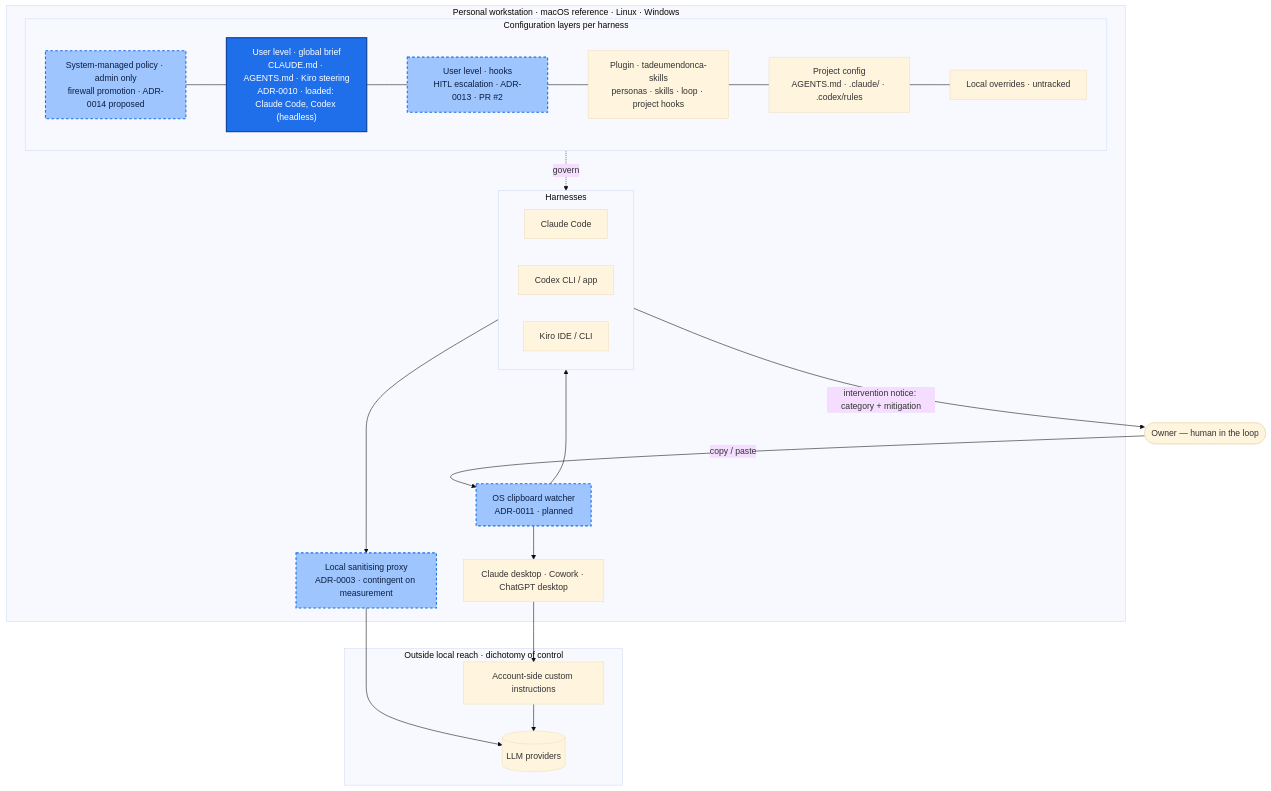
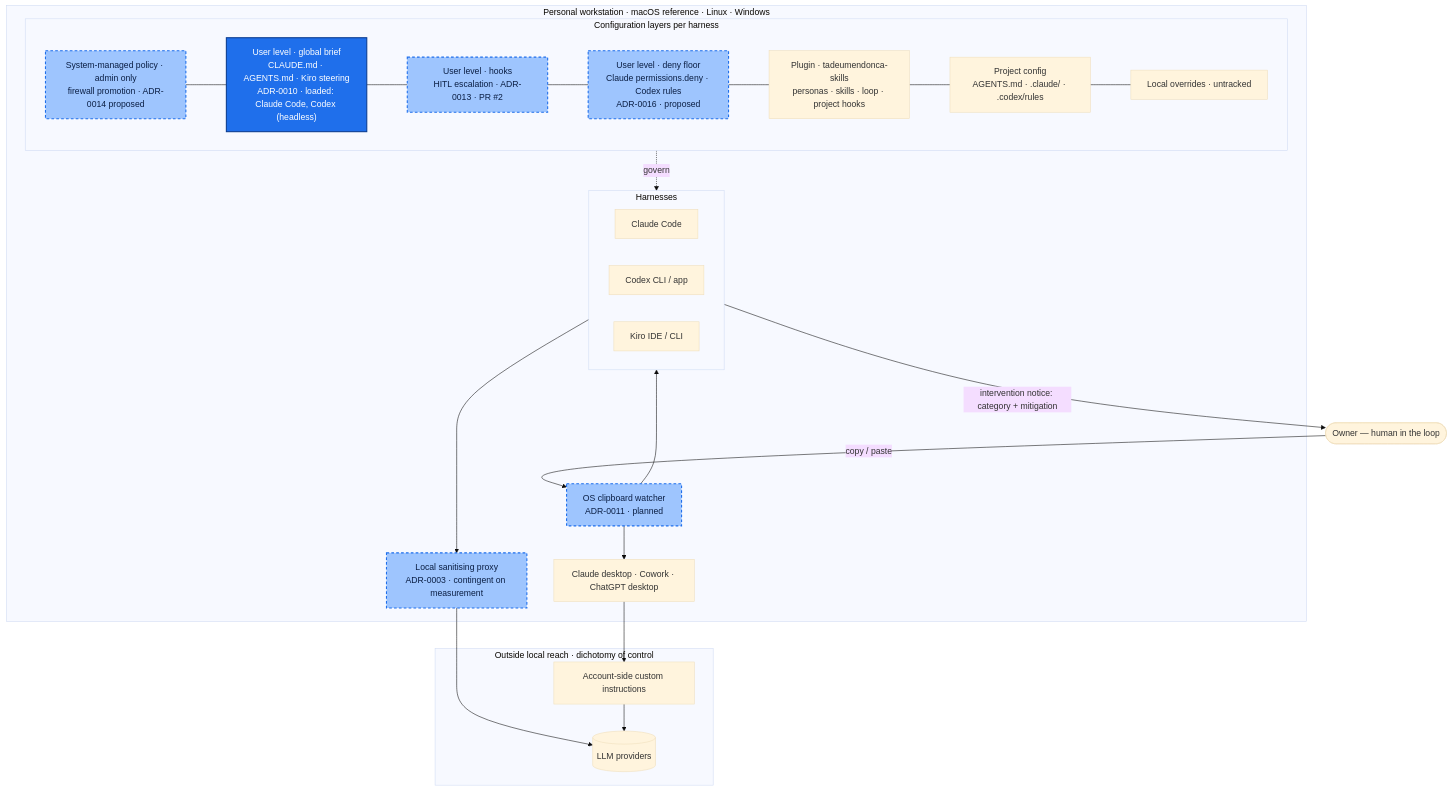
The diagram in README.md (tedeuxx/mhw), drawn with Mermaid (base theme) before and after one commit. The commit also changed other lines of this file and 7 other files, not shown here.

First line of the commit message:
feat(floor): user-level deny floor rendered to Claude Code and Codex (#4)

````diff
--- a/README.md
+++ b/README.md
@@ -43,43 +47,44 @@
 ```mermaid
 flowchart TB
   owner(["Owner — human in the loop"])
 
   subgraph WS["Personal workstation · macOS reference · Linux · Windows"]
     clip["OS clipboard watcher<br/>ADR-0011 · planned"]:::oursPlanned
 
     subgraph LAYERS["Configuration layers per harness"]
       managed["System-managed policy · admin only<br/>firewall promotion · ADR-0014 proposed"]:::oursPlanned
       ubrief["User level · global brief<br/>CLAUDE.md · AGENTS.md · Kiro steering<br/>ADR-0010 · loaded: Claude Code, Codex (headless)"]:::ours
       uhooks["User level · hooks<br/>HITL escalation · ADR-0013 · PR #2"]:::oursPlanned
+      udeny["User level · deny floor<br/>Claude permissions.deny · Codex rules<br/>ADR-0016 · proposed"]:::oursPlanned
       plugin["Plugin · tadeumendonca-skills<br/>personas · skills · loop · project hooks"]
       project["Project config<br/>AGENTS.md · .claude/ · .codex/rules"]
       local["Local overrides · untracked"]
     end
 
     subgraph HARN["Harnesses"]
       cc["Claude Code"]
       cx["Codex CLI / app"]
       kiro["Kiro IDE / CLI"]
     end
 
     proxy["Local sanitising proxy<br/>ADR-0003 · contingent on measurement"]:::oursPlanned
     desk["Claude desktop · Cowork · ChatGPT desktop"]
   end
 
   subgraph CLOUD["Outside local reach · dichotomy of control"]
     acct["Account-side custom instructions"]
     llm[("LLM providers")]
   end
 
   owner -->|copy / paste| clip
   clip --> HARN
   clip --> desk
-  managed --- ubrief --- uhooks --- plugin --- project --- local
+  managed --- ubrief --- uhooks --- udeny --- plugin --- project --- local
   LAYERS -. govern .-> HARN
   HARN --> proxy --> llm
   desk --> acct --> llm
   HARN -->|"intervention notice: category + mitigation"| owner
 
   classDef ours fill:#1f6feb,stroke:#0b3d91,color:#ffffff,stroke-width:2px
   classDef oursPlanned fill:#9ec5fe,stroke:#1f6feb,color:#0b1f44,stroke-width:2px,stroke-dasharray:5 4
 ```
````
